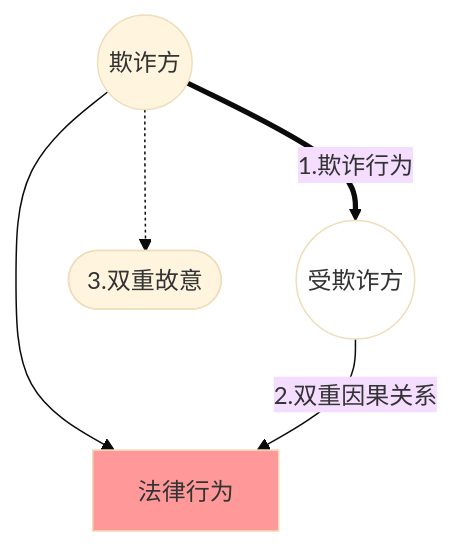
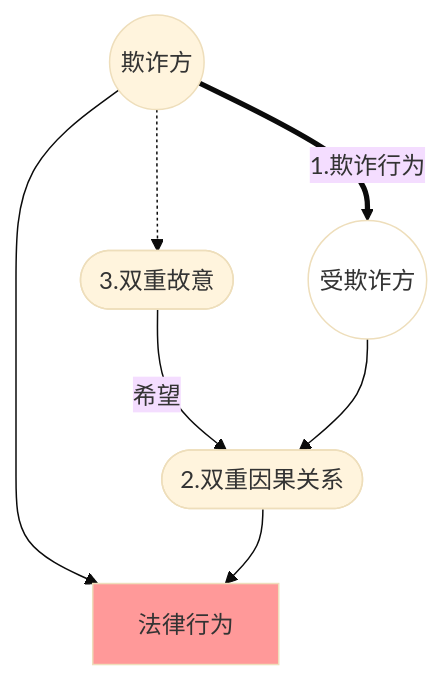
One commit to chilly-chilli/ChillyChilli changed the fifth of 11 diagrams in content/法学/民商法/民法/民总/IV 法律行为/4. 法律行为的生效与效力障碍.md. Above: the diagram before and after it, drawn with Mermaid (base theme). The commit also changed other lines of this file and 15 other files, not shown here.

````diff
--- a/content/法学/民商法/民法/民总/IV 法律行为/4. 法律行为的生效与效力障碍.md
+++ b/content/法学/民商法/民法/民总/IV 法律行为/4. 法律行为的生效与效力障碍.md
@@ -345,13 +357,14 @@
 ```mermaid
 graph TD
 	A((欺诈方))
 	B((受欺诈方)):::white
 	C[法律行为]:::red
 	D([3.双重故意])
 	A==1.欺诈行为==>B
 	A-->C
 	A-.->D
-	B--2.双重因果关系-->C
+	D--希望--> E
+	B--> E([2.双重因果关系]) -->C
 classDef red fill:#f99
 classDef white fill:#fff
 ```
````
